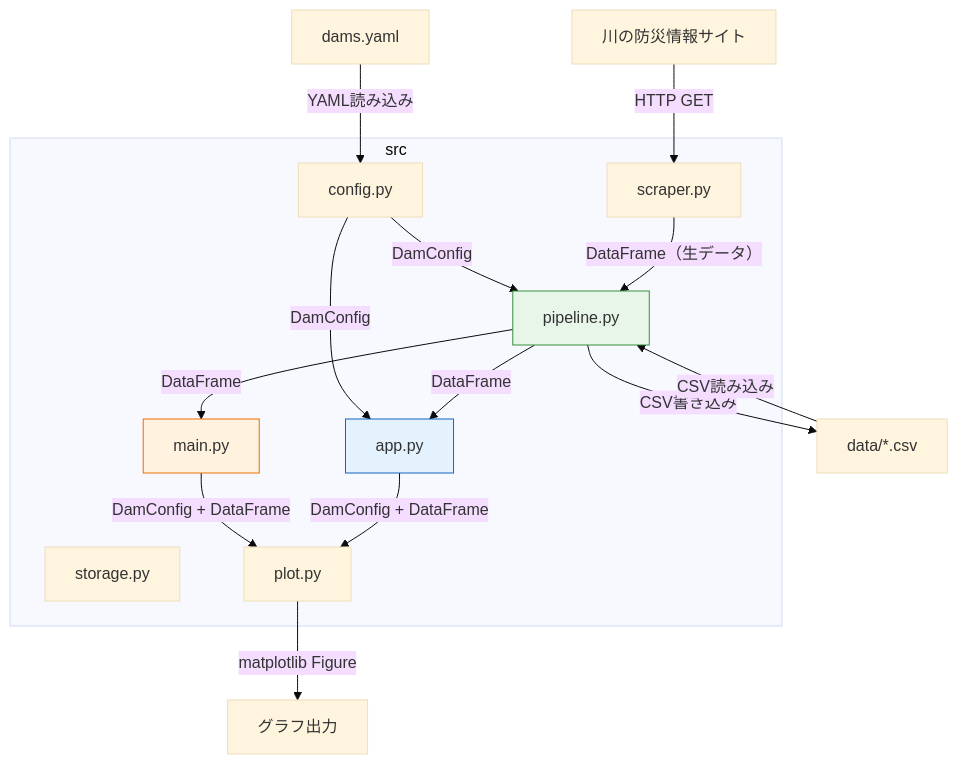
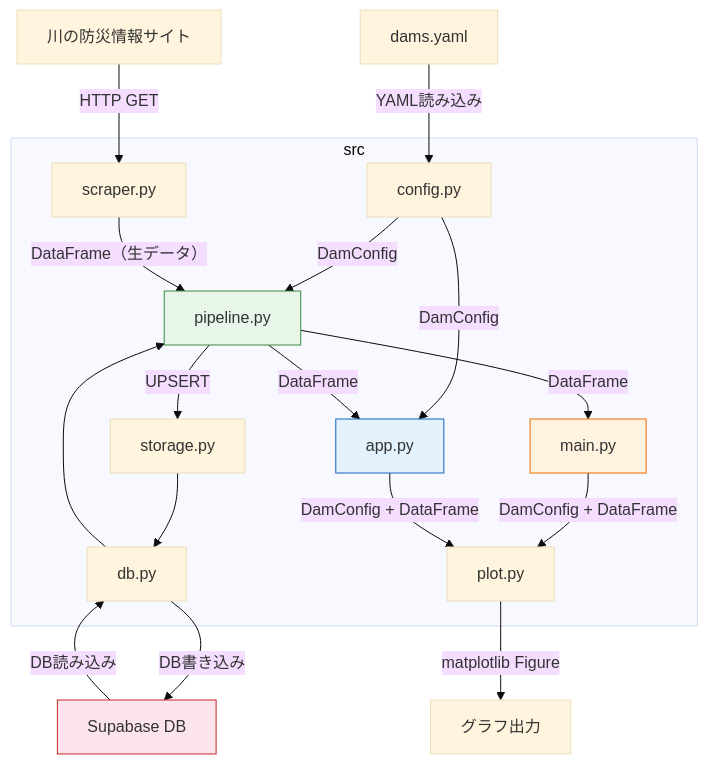
Before and after one commit to yukkie/WaterLevelMonitor: the diagram in doc/Diagram.md, drawn with Mermaid (base theme). The commit also changed 9 other files, not shown here.

First line of the commit message:
refactor: remove all CSV-related code and data, go DB-only

````diff
--- a/doc/Diagram.md
+++ b/doc/Diagram.md
@@ -3,36 +3,41 @@
 ```mermaid
 graph TD
     YAML["dams.yaml"]
-    CSV["data/*.csv"]
+    DB["Supabase DB"]
     WEB["川の防災情報サイト"]
     GRAPH["グラフ出力"]
 
     subgraph src
         CONFIG["config.py"]
         SCRAPER["scraper.py"]
         STORAGE["storage.py"]
+        DB_MOD["db.py"]
         PIPELINE["pipeline.py"]
         PLOT["plot.py"]
         MAIN["main.py"]
         APP["app.py"]
     end
 
     YAML -- "YAML読み込み" --> CONFIG
     CONFIG -- "DamConfig" --> PIPELINE
     CONFIG -- "DamConfig" --> APP
 
     WEB -- "HTTP GET" --> SCRAPER
     SCRAPER -- "DataFrame（生データ）" --> PIPELINE
-    PIPELINE -- "CSV書き込み" --> CSV
-    CSV -- "CSV読み込み" --> PIPELINE
+    PIPELINE -- "UPSERT" --> STORAGE
+    STORAGE --> DB_MOD
+    DB_MOD -- "DB書き込み" --> DB
+    DB -- "DB読み込み" --> DB_MOD
+    DB_MOD --> PIPELINE
     PIPELINE -- "DataFrame" --> MAIN
     PIPELINE -- "DataFrame" --> APP
 
     MAIN -- "DamConfig + DataFrame" --> PLOT
     APP -- "DamConfig + DataFrame" --> PLOT
     PLOT -- "matplotlib Figure" --> GRAPH
 
     style PIPELINE fill:#e8f5e9,stroke:#388e3c
     style APP fill:#e3f2fd,stroke:#1565c0
     style MAIN fill:#fff3e0,stroke:#ef6c00
+    style DB fill:#fce4ec,stroke:#c62828
 ```
````
